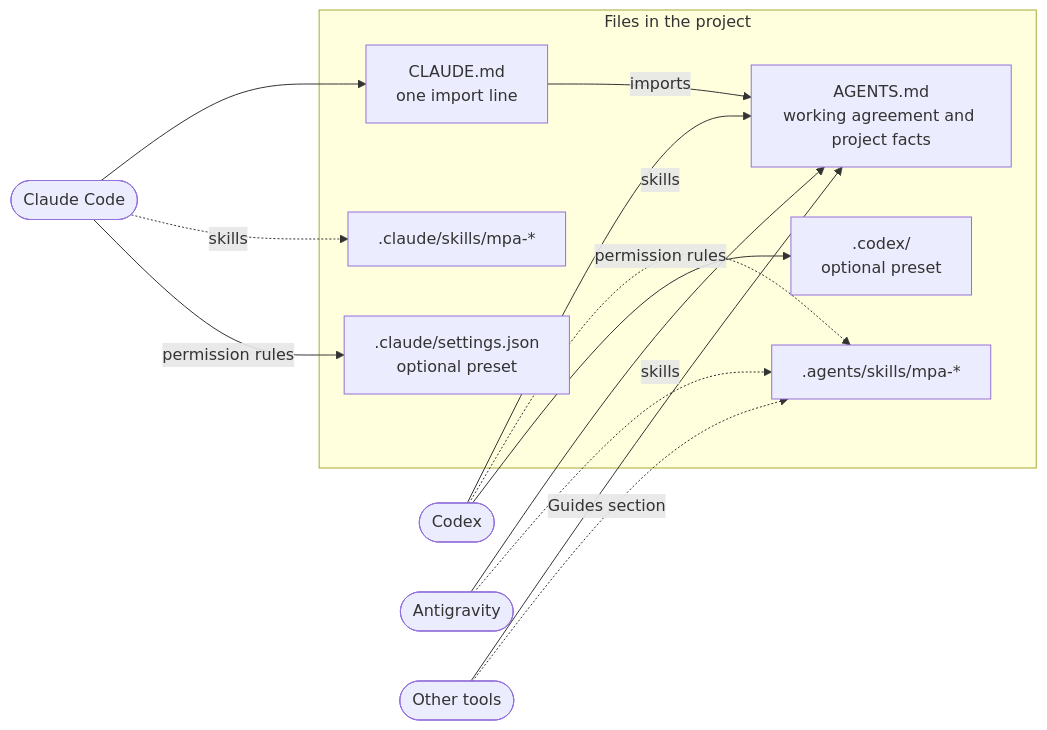
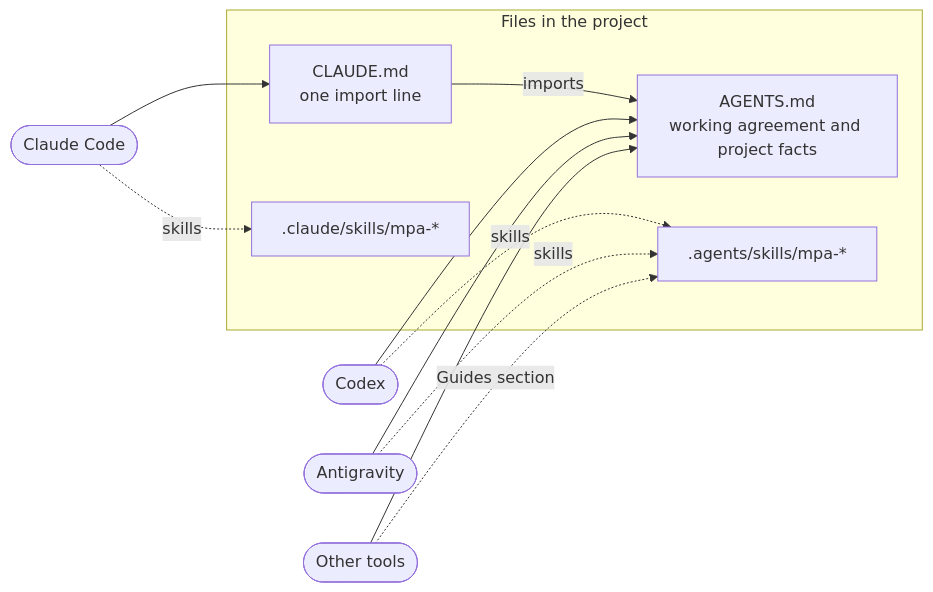
The diagram in README.md (laurenzpavlosmalisianos/master-prompt-agreement), drawn with Mermaid before and after one commit. The commit also changed other lines of this file and 48 other files, not shown here.

````diff
--- a/README.md
+++ b/README.md
@@ -21,28 +19,24 @@
 ```mermaid
 flowchart LR
     claude(["Claude Code"])
     codex(["Codex"])
     antigravity(["Antigravity"])
     other(["Other tools"])
 
     subgraph project["Files in the project"]
         claudemd["CLAUDE.md<br>one import line"]
         agents["AGENTS.md<br>working agreement and project facts"]
         claudeskills[".claude/skills/mpa-*"]
         agentskills[".agents/skills/mpa-*"]
-        settings[".claude/settings.json<br>optional preset"]
-        codexdir[".codex/<br>optional preset"]
     end
 
     claude --> claudemd
     claudemd -->|imports| agents
     codex --> agents
     antigravity --> agents
     other --> agents
     claude -.->|skills| claudeskills
     codex -.->|skills| agentskills
     antigravity -.->|skills| agentskills
     other -.->|Guides section| agentskills
-    claude -->|permission rules| settings
-    codex -->|permission rules| codexdir
 ```
````
